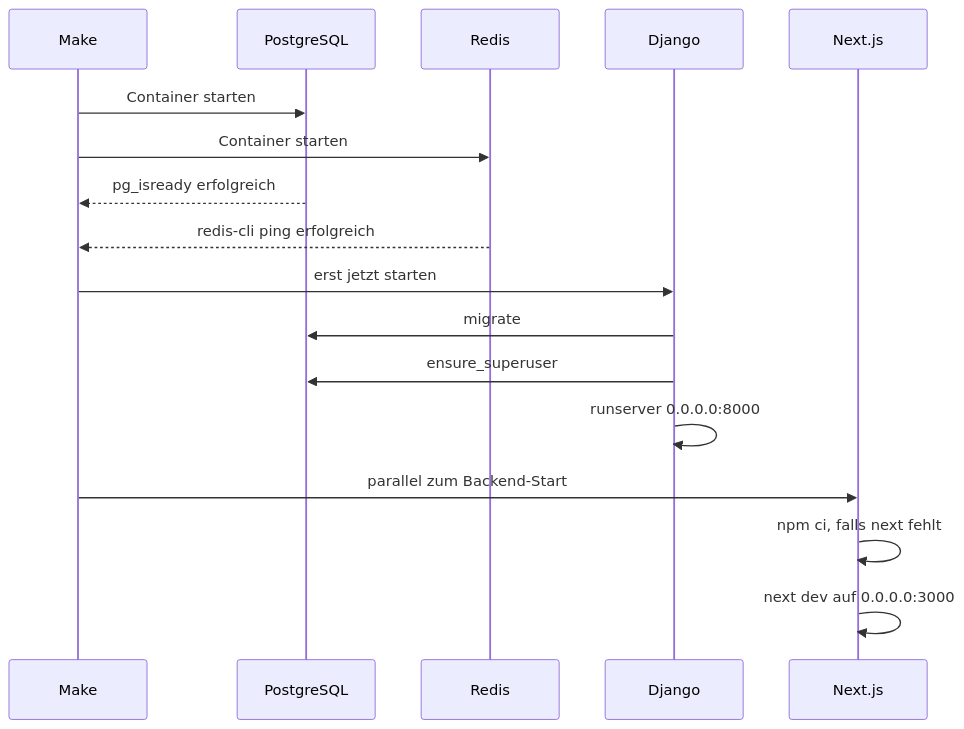
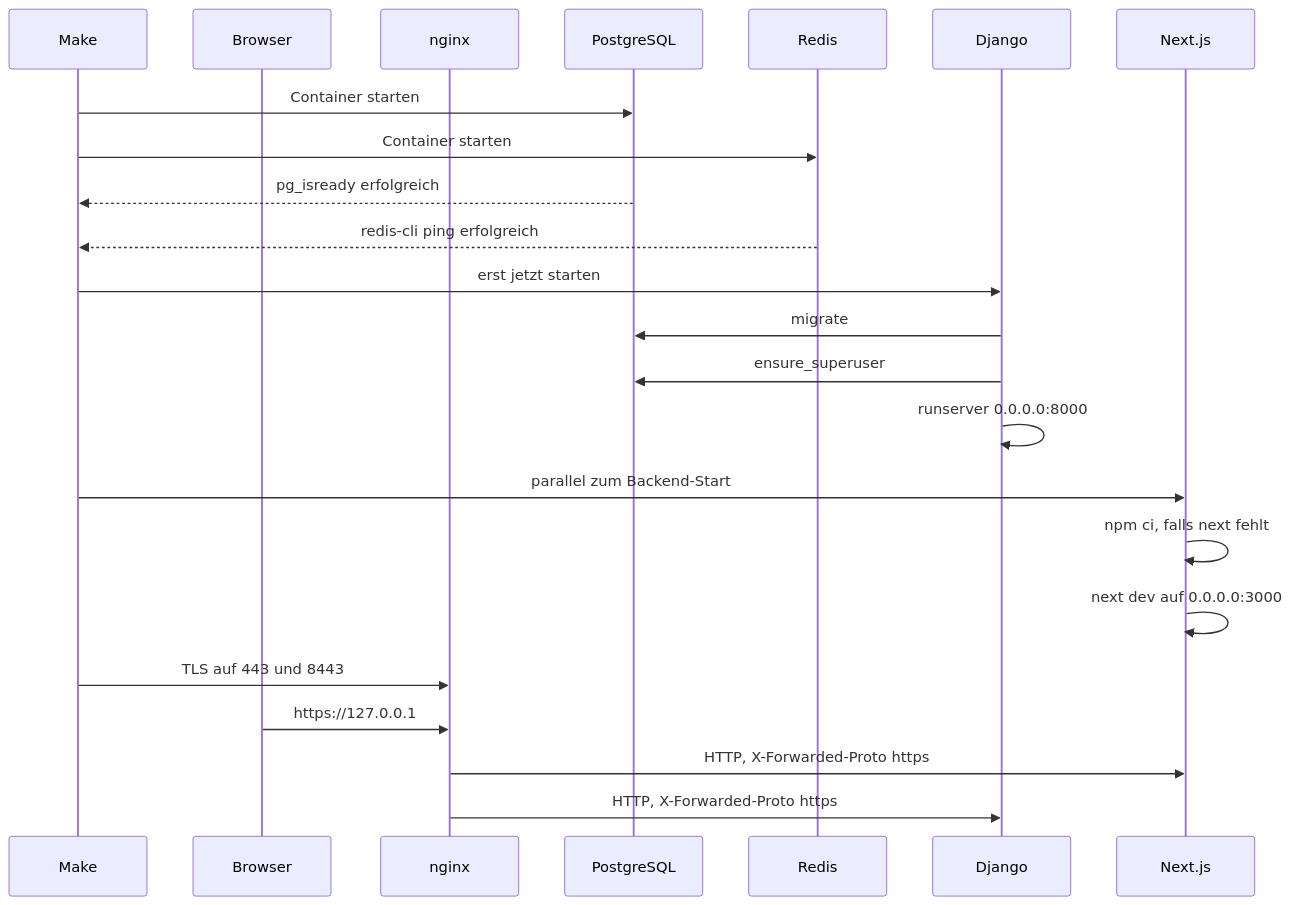
One commit to jand94/jd_template changed the diagram in docs/tutorials/01-ubuntu-vm.md. Above: the diagram before and after it, drawn with Mermaid. The commit also changed other lines of this file and 15 other files, not shown here.

````diff
--- a/docs/tutorials/01-ubuntu-vm.md
+++ b/docs/tutorials/01-ubuntu-vm.md
@@ -257,19 +259,25 @@
 ```mermaid
 sequenceDiagram
   participant Make
+  participant Browser
+  participant Proxy as nginx
   participant DB as PostgreSQL
   participant Redis
   participant Backend as Django
   participant Frontend as Next.js
   Make->>DB: Container starten
   Make->>Redis: Container starten
   DB-->>Make: pg_isready erfolgreich
   Redis-->>Make: redis-cli ping erfolgreich
   Make->>Backend: erst jetzt starten
   Backend->>DB: migrate
   Backend->>DB: ensure_superuser
   Backend->>Backend: runserver 0.0.0.0:8000
   Make->>Frontend: parallel zum Backend-Start
   Frontend->>Frontend: npm ci, falls next fehlt
   Frontend->>Frontend: next dev auf 0.0.0.0:3000
+  Make->>Proxy: TLS auf 443 und 8443
+  Browser->>Proxy: https://127.0.0.1
+  Proxy->>Frontend: HTTP, X-Forwarded-Proto https
+  Proxy->>Backend: HTTP, X-Forwarded-Proto https
 ```
````
